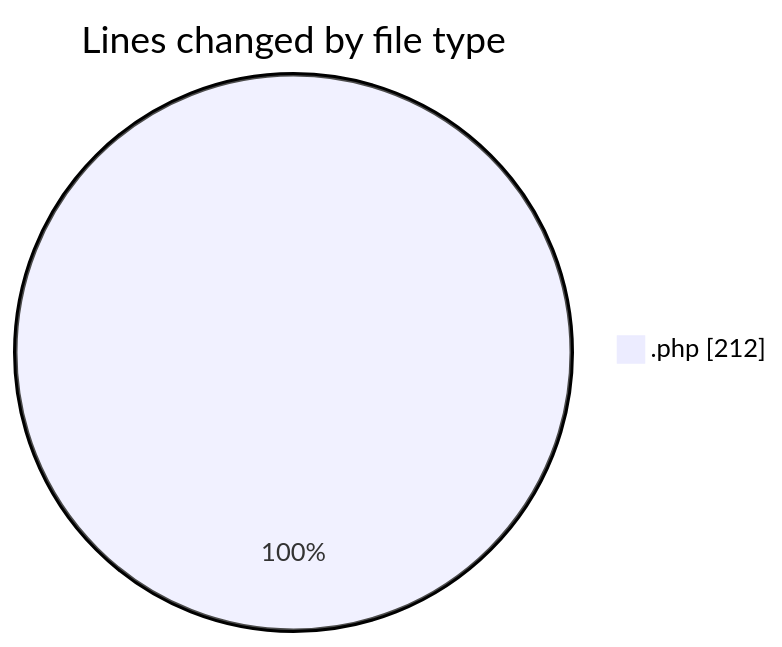
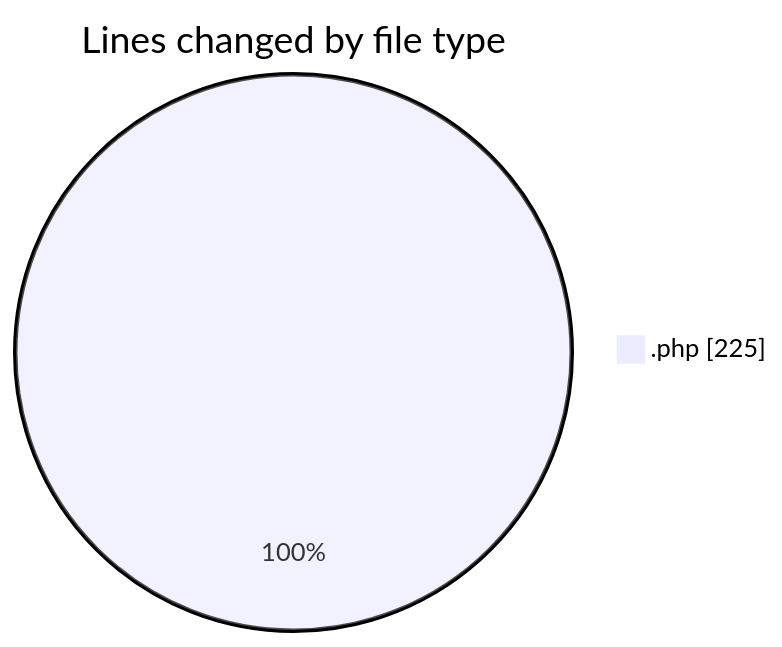
One commit to idhammustaqopulfikri/code-tracking changed the first of 2 diagrams in 2025-10-05/futsal/README.md. Above: the diagram before and after it, drawn with Mermaid. The commit also changed other lines of this file and 1 other file, not shown here.

````diff
--- a/2025-10-05/futsal/README.md
+++ b/2025-10-05/futsal/README.md
@@ -21,5 +22,5 @@
 ```mermaid
 pie showData
 title Lines changed by file type
-".php" : 212
+".php" : 225
 ```
````
